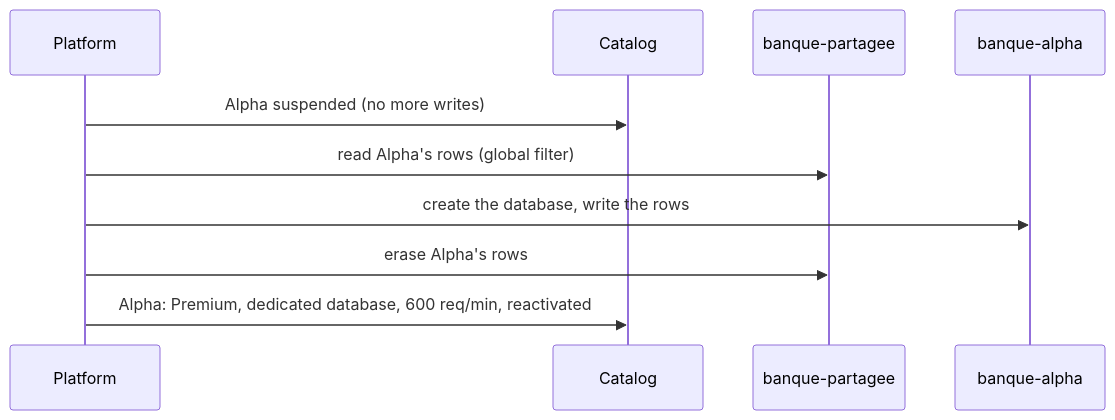
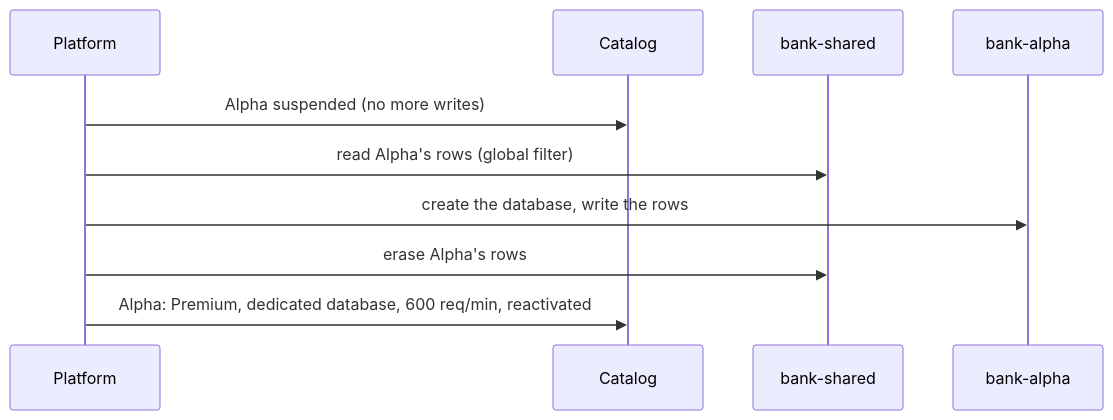
One commit to drangoht/ArchitecturesDemo changed the fifth of 5 diagrams in Docs/en/15-multi-tenant.md. Above: the diagram before and after it, drawn with Mermaid. The commit also changed other lines of this file and 78 other files, not shown here.

First line of the commit message:
Docs EN : identifiants, liens, diagrammes et sorties alignés sur le code anglais

````diff
--- a/Docs/en/15-multi-tenant.md
+++ b/Docs/en/15-multi-tenant.md
@@ -245,12 +244,12 @@
 ```mermaid
 sequenceDiagram
     participant P as Platform
     participant Cat as Catalog
-    participant S as banque-partagee
-    participant D as banque-alpha
+    participant S as bank-shared
+    participant D as bank-alpha
     P->>Cat: Alpha suspended (no more writes)
     P->>S: read Alpha's rows (global filter)
     P->>D: create the database, write the rows
     P->>S: erase Alpha's rows
     P->>Cat: Alpha: Premium, dedicated database, 600 req/min, reactivated
 ```
````
